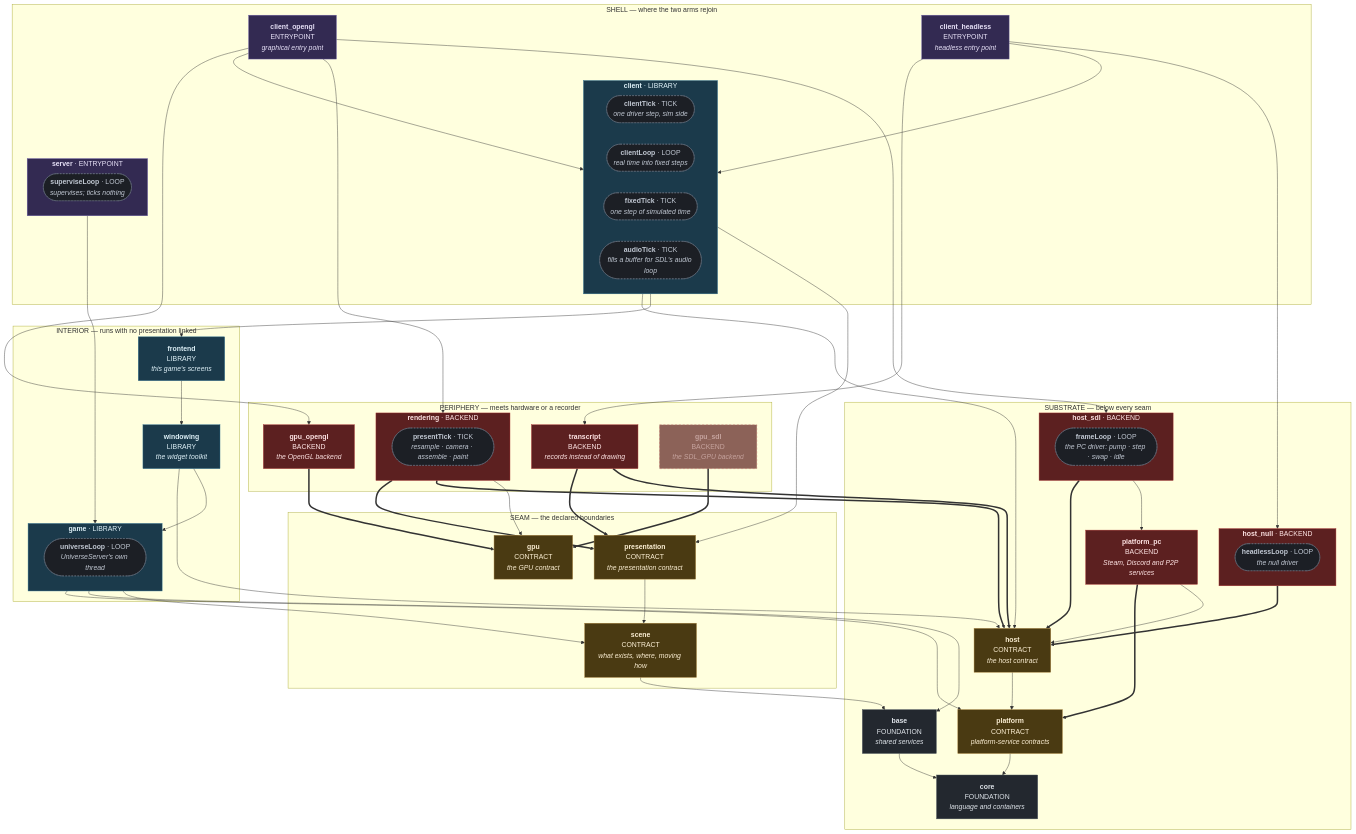
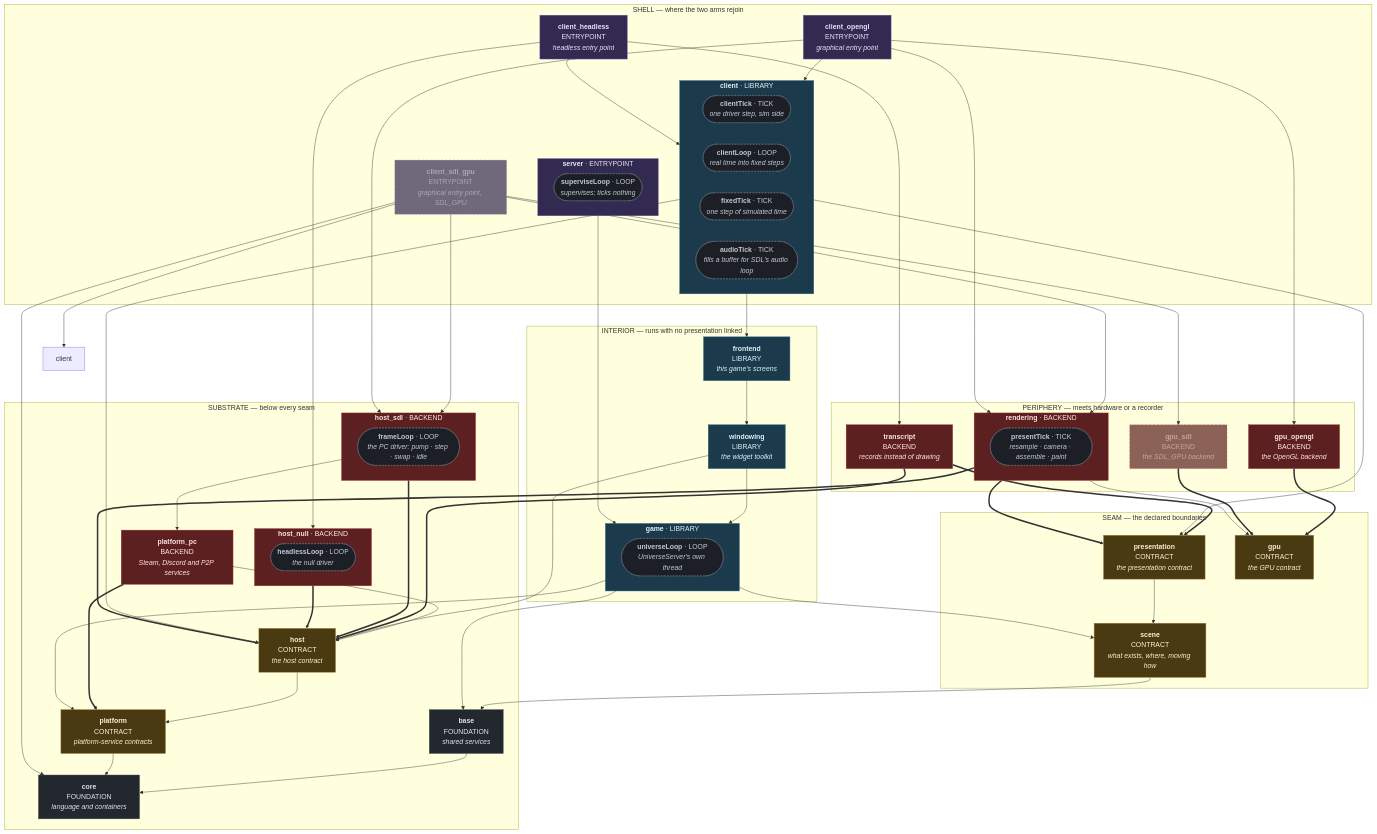
One commit to apnex/OpenStarbound changed the second of 7 diagrams in docs/superpowers/specs/2026-08-01-sovereign-headless-client-design.md. Above: the diagram before and after it, drawn with Mermaid. The commit also changed other lines of this file and 5 other files, not shown here.

````diff
--- a/docs/superpowers/specs/2026-08-01-sovereign-headless-client-design.md
+++ b/docs/superpowers/specs/2026-08-01-sovereign-headless-client-design.md
@@ -505,6 +505,7 @@
     end
     cgl["<b>client_opengl</b><br/>ENTRYPOINT<br/><i>graphical entry point</i>"]
     chl["<b>client_headless</b><br/>ENTRYPOINT<br/><i>headless entry point</i>"]
+    csg["<b>client_sdl_gpu</b><br/>ENTRYPOINT<br/><i>graphical entry point, SDL_GPU</i>"]
     subgraph srv ["<b>server</b> · ENTRYPOINT"]
       superviseloop(["<b>superviseLoop</b> · LOOP<br/><i>supervises; ticks nothing</i>"])
     end
@@ -573,6 +574,11 @@
   tr ==> host
   glb ==> gpu
   sdlb ==> gpu
+  csg --> core
+  csg --> client
+  csg --> hostsdl
+  csg --> rend
+  csg --> sdlb
   cgl --> shell
   cgl --> rend
   cgl --> glb
@@ -593,8 +599,8 @@
   class platform,host,scene,contract,gpu kContract
   class hostsdl,hostnull,platformpc,rend,tr,glb,sdlb kBackend
   class game,win,front,shell kLibrary
-  class cgl,chl,srv kEntrypoint
+  class cgl,chl,csg,srv kEntrypoint
   class frameloop,headlessloop,clientloop,superviseloop,universeloop,clienttick,fixedtick,audiotick,presenttick kElement
   classDef kOutOfScope stroke-dasharray:5 4,opacity:0.7
-  class sdlb kOutOfScope
+  class sdlb,csg kOutOfScope
 ```
````
